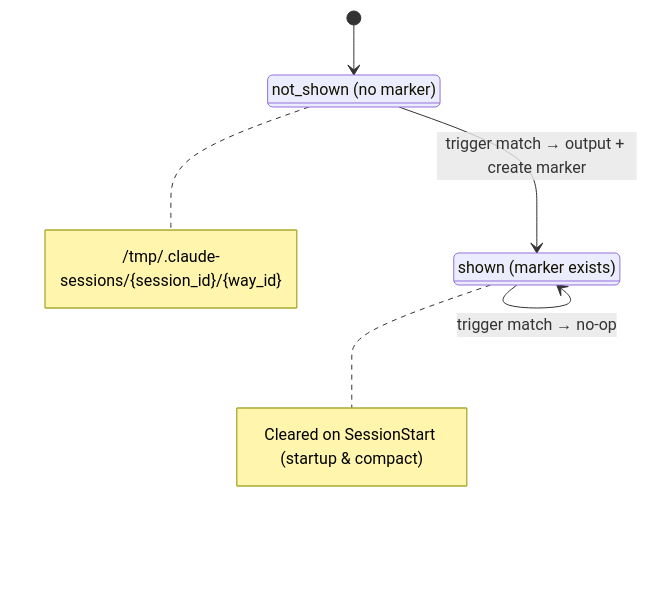
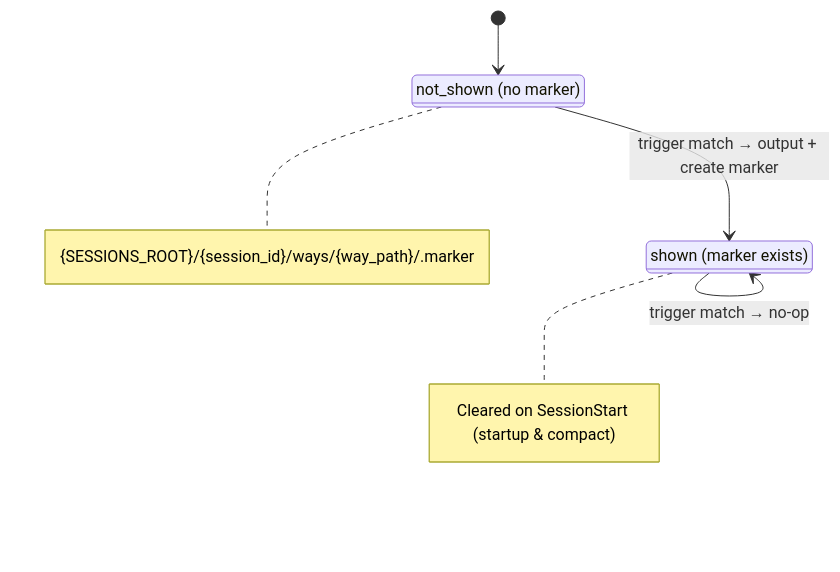
The third of 6 diagrams in docs/hooks-and-ways.md (ZZirbel/claude-code-config), drawn with Mermaid before and after one commit. The commit also changed other lines of this file and 21 other files, not shown here.

````diff
--- a/docs/hooks-and-ways.md
+++ b/docs/hooks-and-ways.md
@@ -249,15 +245,15 @@
 ```mermaid
 stateDiagram-v2
     classDef notShown fill:#C62828,stroke:#B71C1C,color:#fff,font-weight:bold
     classDef shown fill:#2E7D32,stroke:#1B5E20,color:#fff,font-weight:bold
 
     [*] --> NotShown
     NotShown --> Shown : trigger match → output + create marker
     Shown --> Shown : trigger match → no-op
 
     state "not_shown (no marker)" as NotShown:::notShown
     state "shown (marker exists)" as Shown:::shown
 
-    note right of NotShown : /tmp/.claude-sessions/{session_id}/{way_id}
+    note right of NotShown : {SESSIONS_ROOT}/{session_id}/ways/{way_path}/.marker
     note right of Shown : Cleared on SessionStart (startup & compact)
 ```
````
